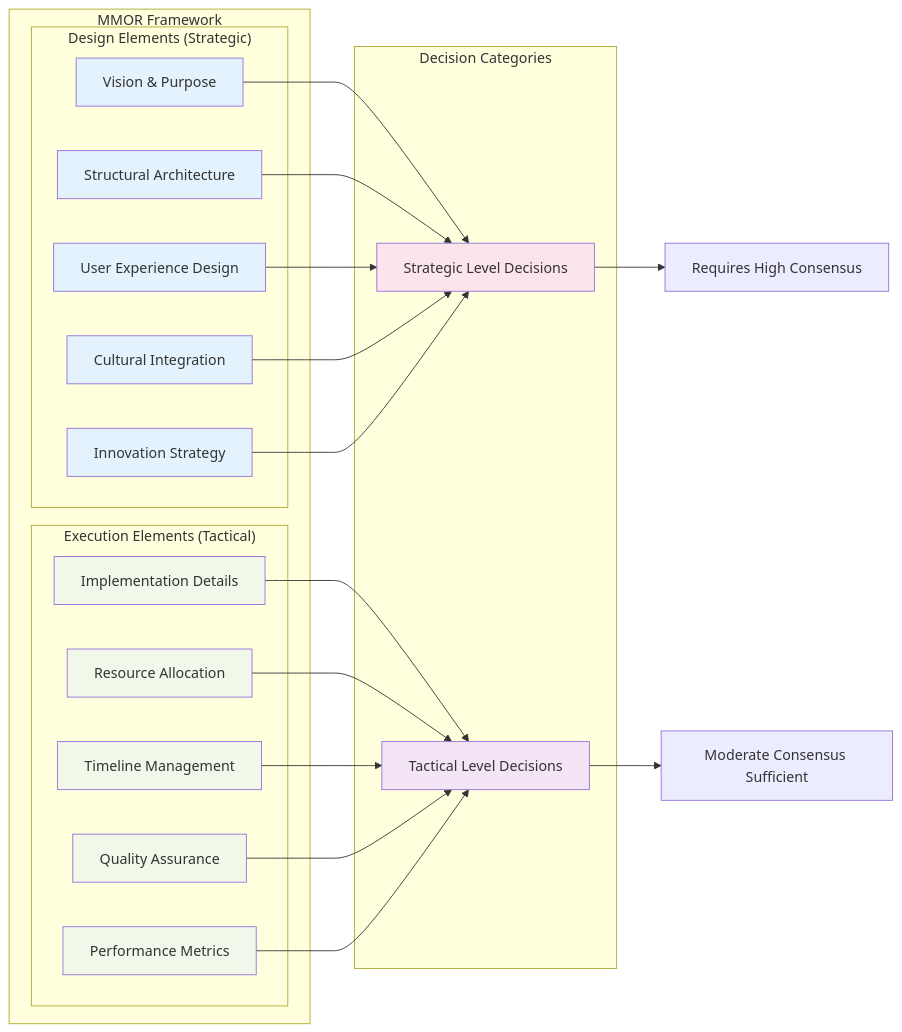
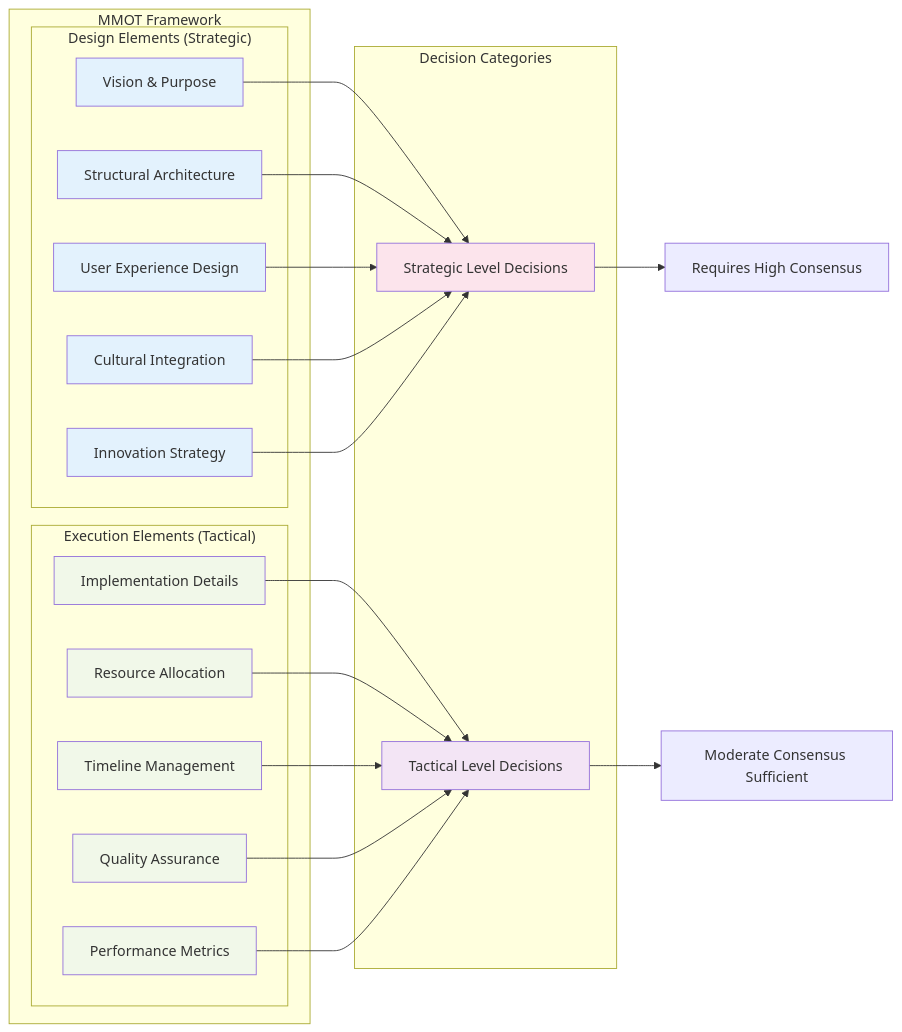
The fifth of 9 diagrams in ENHANCED_LATTICE_ARCHITECTURE.md (miadisabelle/mcp-coaia-sequential-thinking), drawn with Mermaid before and after one commit. The commit also changed other lines of this file and 5 other files, not shown here.

````diff
--- a/ENHANCED_LATTICE_ARCHITECTURE.md
+++ b/ENHANCED_LATTICE_ARCHITECTURE.md
@@ -211,50 +211,50 @@
 ```mermaid
 graph LR
-    subgraph "MMOR Framework"
+    subgraph "MMOT Framework"
         subgraph "Design Elements (Strategic)"
             DE1[Vision & Purpose]
             DE2[Structural Architecture]
             DE3[User Experience Design]
             DE4[Cultural Integration]
             DE5[Innovation Strategy]
         end
         
         subgraph "Execution Elements (Tactical)"
             EE1[Implementation Details]
             EE2[Resource Allocation]
             EE3[Timeline Management]
             EE4[Quality Assurance]
             EE5[Performance Metrics]
         end
     end
     
     subgraph "Decision Categories"
         STRATEGIC[Strategic Level Decisions]
         TACTICAL[Tactical Level Decisions]
     end
     
     DE1 --> STRATEGIC
     DE2 --> STRATEGIC
     DE3 --> STRATEGIC
     DE4 --> STRATEGIC
     DE5 --> STRATEGIC
     
     EE1 --> TACTICAL
     EE2 --> TACTICAL
     EE3 --> TACTICAL
     EE4 --> TACTICAL
     EE5 --> TACTICAL
     
     STRATEGIC --> HIGH_CONSENSUS[Requires High Consensus]
     TACTICAL --> MODERATE_CONSENSUS[Moderate Consensus Sufficient]
     
     classDef design fill:#e3f2fd
     classDef execution fill:#f1f8e9
     classDef strategic fill:#fce4ec
     classDef tactical fill:#f3e5f5
     
     class DE1,DE2,DE3,DE4,DE5 design
     class EE1,EE2,EE3,EE4,EE5 execution
     class STRATEGIC strategic
     class TACTICAL tactical
 ```
````
